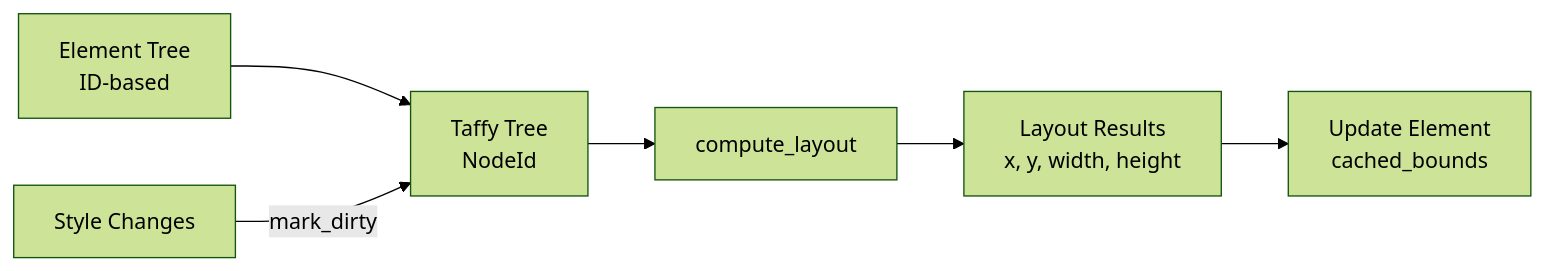
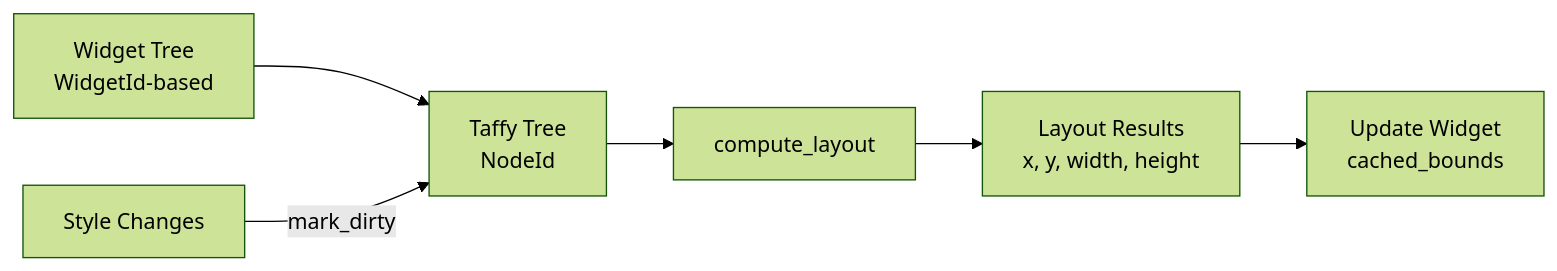
One commit to shi-yan/AssortedWidgets changed the third of 7 diagrams in .claude/CLAUDE.md. Above: the diagram before and after it, drawn with Mermaid (forest theme). The commit also changed other lines of this file and 2 other files, not shown here.

````diff
--- a/.claude/CLAUDE.md
+++ b/.claude/CLAUDE.md
@@ -87,8 +218,8 @@
 ```mermaid
 graph LR
-    A[Element Tree<br/>ID-based] --> B[Taffy Tree<br/>NodeId]
+    A[Widget Tree<br/>WidgetId-based] --> B[Taffy Tree<br/>NodeId]
     B --> C[compute_layout]
     C --> D[Layout Results<br/>x, y, width, height]
-    D --> E[Update Element<br/>cached_bounds]
+    D --> E[Update Widget<br/>cached_bounds]
     F[Style Changes] -->|mark_dirty| B
 ```
````
